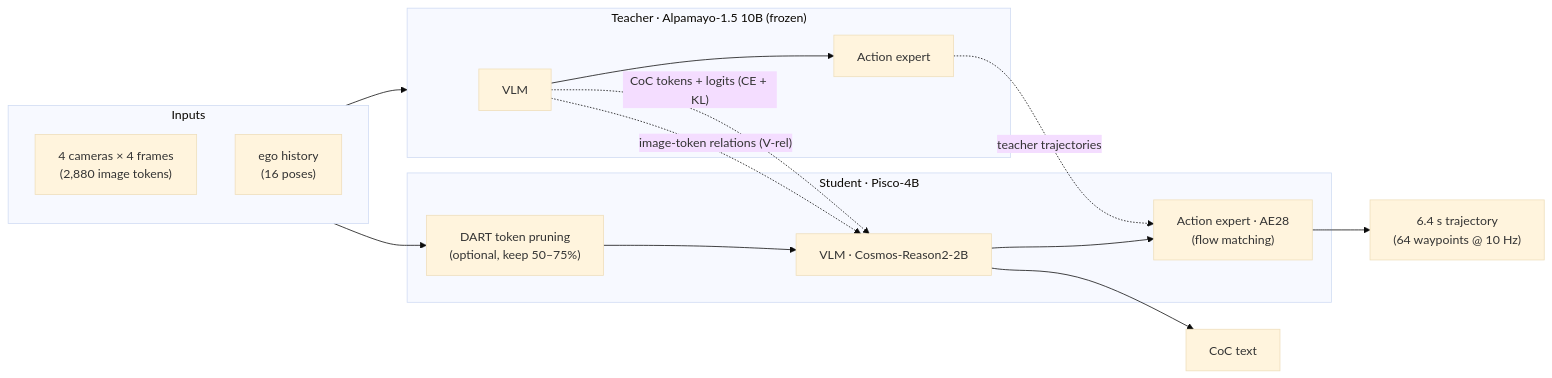
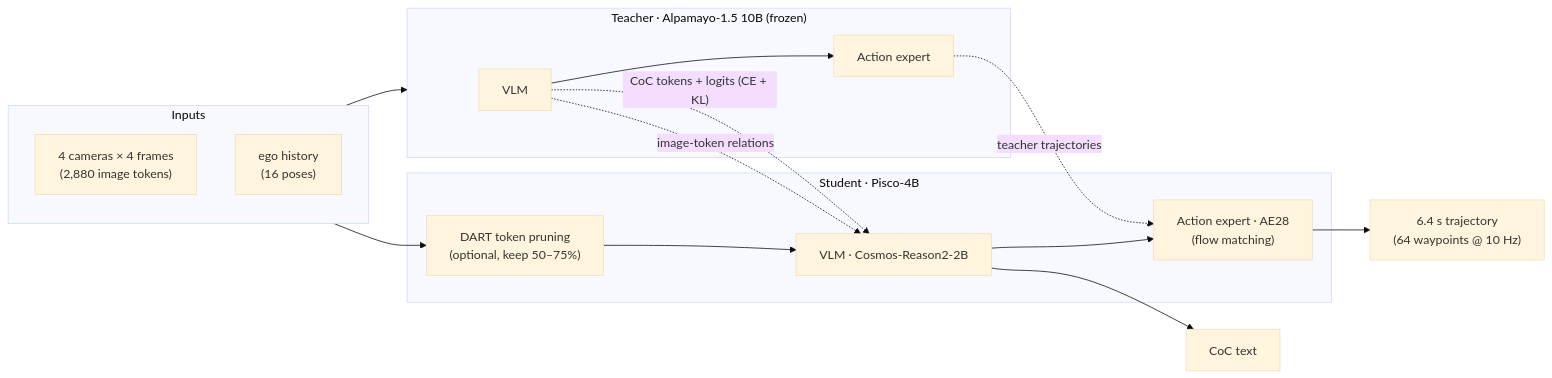
Before and after one commit to kimsunguk0/Ishinca: the diagram in README.md, drawn with Mermaid (base theme). The commit also changed other lines of this file and 3 other files, not shown here.

````diff
--- a/README.md
+++ b/README.md
@@ -50,21 +55,21 @@
 ```mermaid
 flowchart LR
     subgraph IN["Inputs"]
         C["4 cameras × 4 frames<br/>(2,880 image tokens)"]
         H["ego history<br/>(16 poses)"]
     end
     subgraph T["Teacher · Alpamayo-1.5 10B (frozen)"]
         TV["VLM"] --> TA["Action expert"]
     end
     subgraph S["Student · Pisco-4B"]
         D["DART token pruning<br/>(optional, keep 50–75%)"] --> SV["VLM · Cosmos-Reason2-2B"]
         SV --> SA["Action expert · AE28<br/>(flow matching)"]
     end
     IN --> T
     IN --> D
     TV -. "CoC tokens + logits (CE + KL)" .-> SV
-    TV -. "image-token relations (V-rel)" .-> SV
+    TV -. "image-token relations" .-> SV
     TA -. "teacher trajectories" .-> SA
     SV --> COC["CoC text"]
     SA --> TRAJ["6.4 s trajectory<br/>(64 waypoints @ 10 Hz)"]
 ```
````
